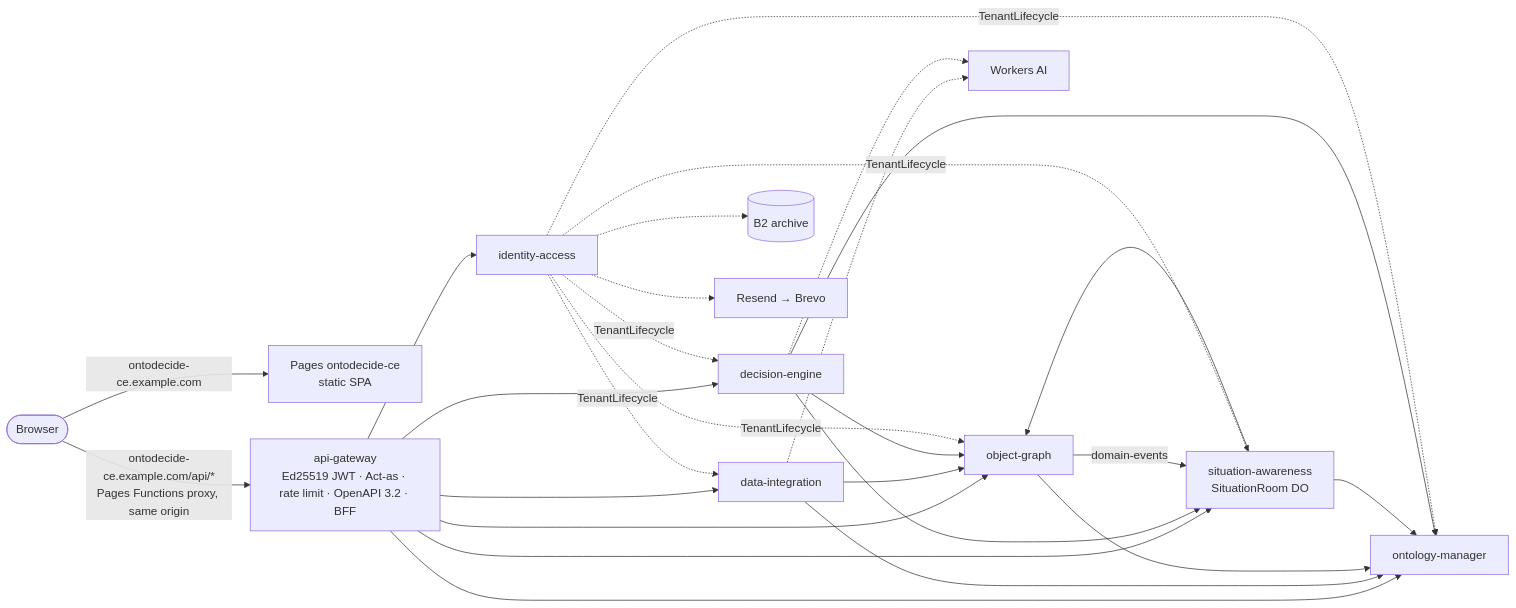
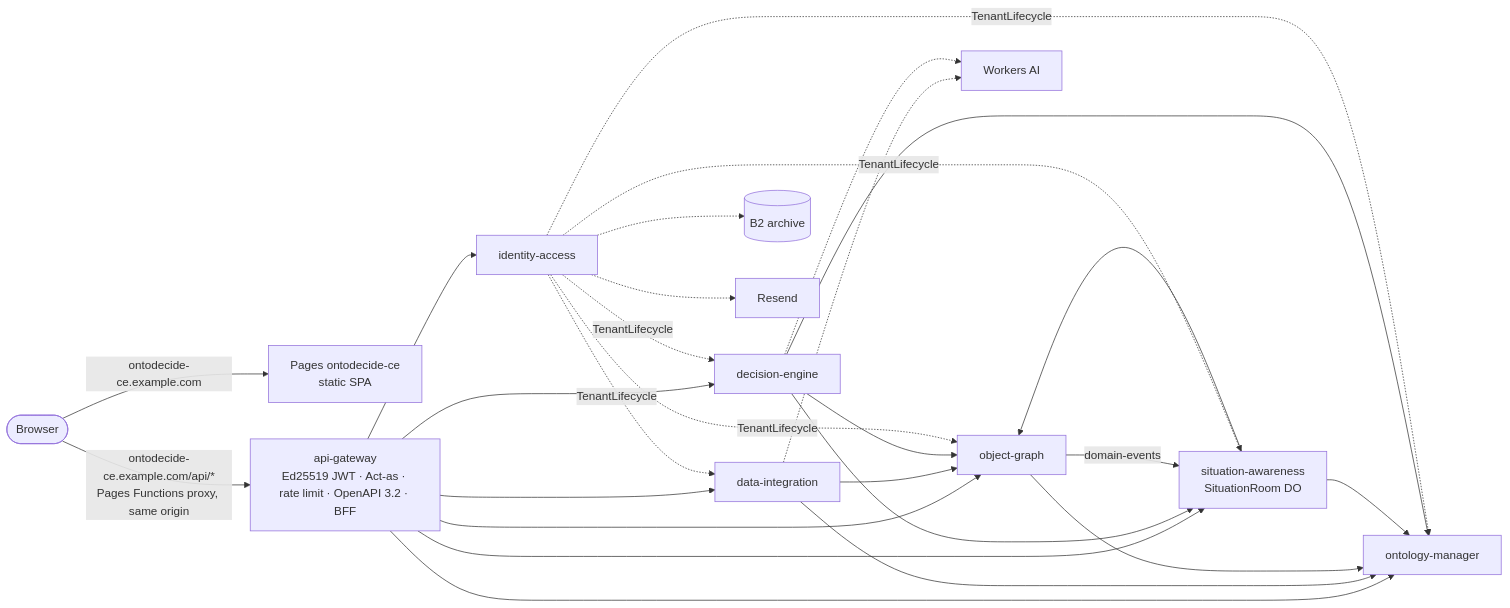
One commit to venslupro/ontodecide-ce changed the diagram in README.md. Above: the diagram before and after it, drawn with Mermaid. The commit also changed other lines of this file and 29 other files, not shown here.

````diff
--- a/README.md
+++ b/README.md
@@ -19,25 +19,25 @@
 ```mermaid
 flowchart LR
   B([Browser]) -->|ontodecide-ce.example.com| P[Pages ontodecide-ce<br/>static SPA]
   B -->|ontodecide-ce.example.com/api/*<br/>Pages Functions proxy, same origin| G[api-gateway<br/>Ed25519 JWT · Act-as · rate limit · OpenAPI 3.2 · BFF]
   G --> I[identity-access]
   G --> O[ontology-manager]
   G --> D[data-integration]
   G --> OG[object-graph]
   G --> S[situation-awareness<br/>SituationRoom DO]
   G --> DE[decision-engine]
   D --> O
   D --> OG
   OG --> O
   S --> OG
   S --> O
   DE --> OG
   DE --> S
   DE --> O
   OG -- domain-events --> S
   I -. TenantLifecycle .-> O & D & OG & S & DE
   I -.-> B2[(B2 archive)]
-  I -.-> M[Resend → Brevo]
+  I -.-> M[Resend]
   D -.-> AI[Workers AI]
   DE -.-> AI
 ```
````
